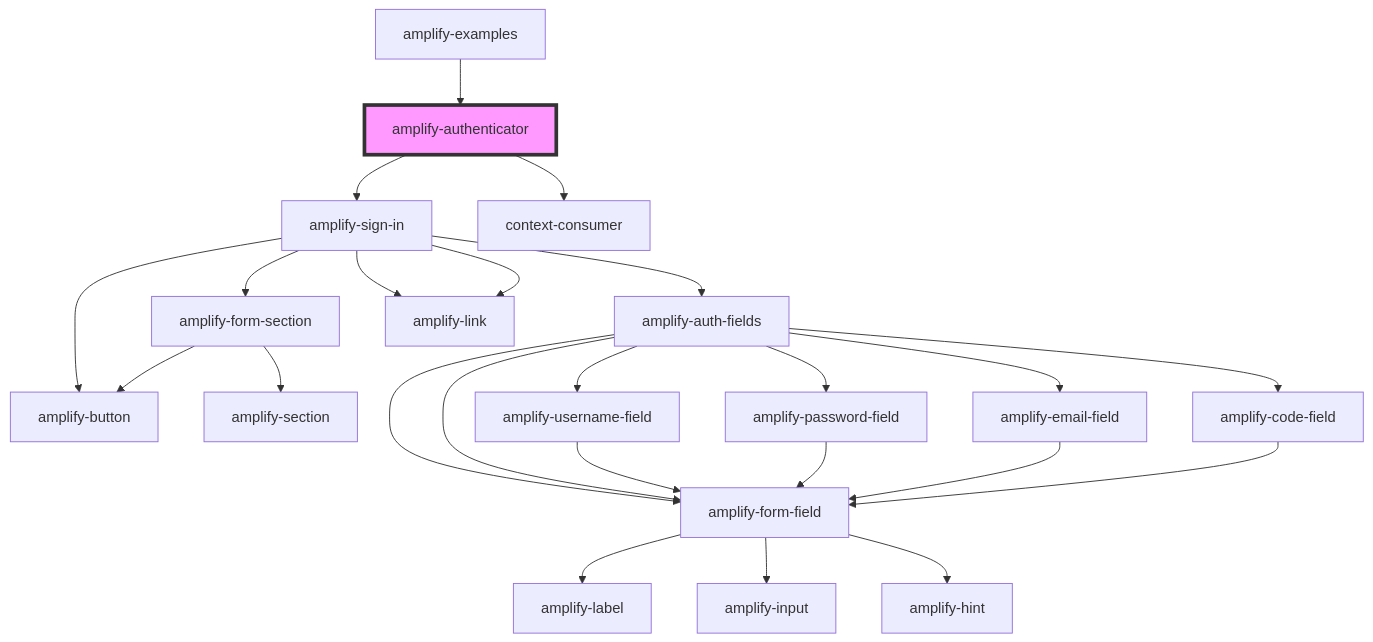
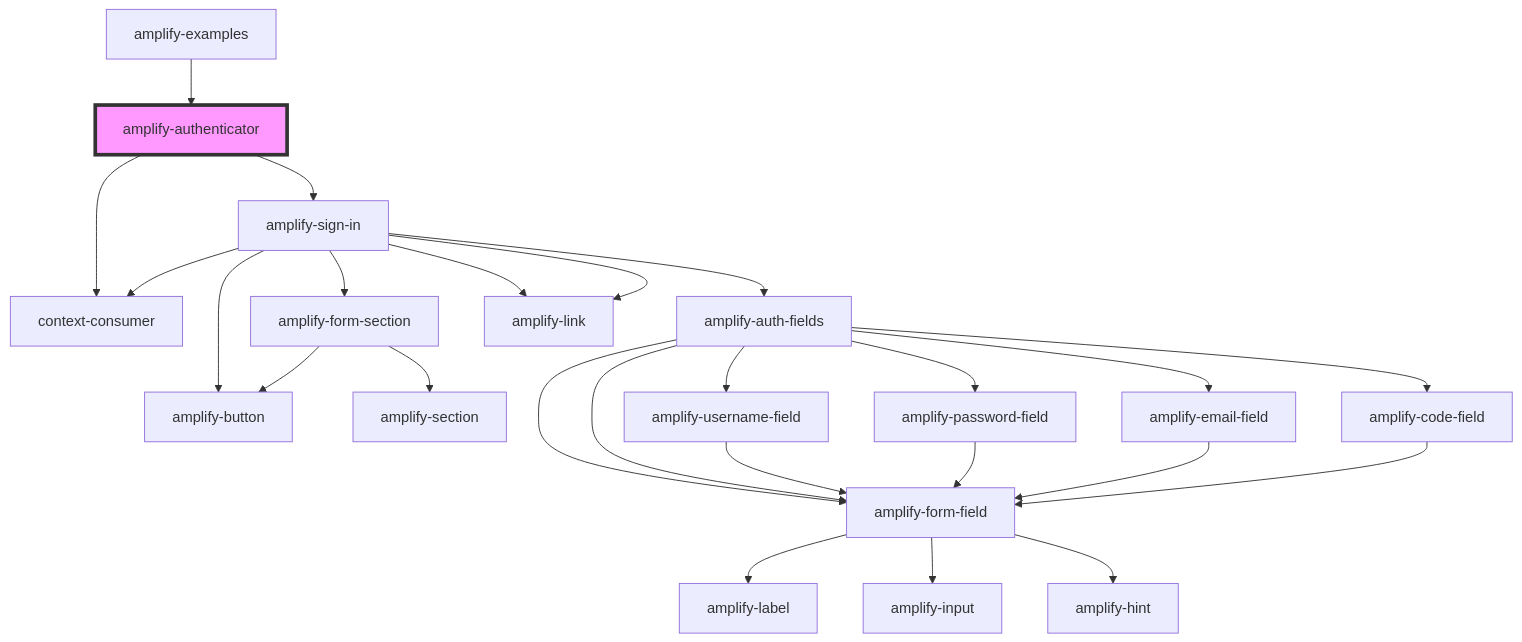
The diagram in packages/amplify-ui-components/src/components/amplify-authenticator/readme.md (aws-amplify/amplify-js), drawn with Mermaid before and after one commit. The commit also changed other lines of this file and 26 other files, not shown here.

````diff
--- a/packages/amplify-ui-components/src/components/amplify-authenticator/readme.md
+++ b/packages/amplify-ui-components/src/components/amplify-authenticator/readme.md
@@ -36,27 +27,28 @@
 ```mermaid
 graph TD;
   amplify-authenticator --> amplify-sign-in
   amplify-authenticator --> context-consumer
   amplify-sign-in --> amplify-form-section
   amplify-sign-in --> amplify-auth-fields
   amplify-sign-in --> amplify-link
+  amplify-sign-in --> context-consumer
   amplify-sign-in --> amplify-link
   amplify-sign-in --> amplify-button
   amplify-form-section --> amplify-section
   amplify-form-section --> amplify-button
   amplify-auth-fields --> amplify-username-field
   amplify-auth-fields --> amplify-password-field
   amplify-auth-fields --> amplify-email-field
   amplify-auth-fields --> amplify-code-field
   amplify-auth-fields --> amplify-form-field
   amplify-auth-fields --> amplify-form-field
   amplify-username-field --> amplify-form-field
   amplify-form-field --> amplify-label
   amplify-form-field --> amplify-input
   amplify-form-field --> amplify-hint
   amplify-password-field --> amplify-form-field
   amplify-email-field --> amplify-form-field
   amplify-code-field --> amplify-form-field
   amplify-examples --> amplify-authenticator
   style amplify-authenticator fill:#f9f,stroke:#333,stroke-width:4px
 ```
````
